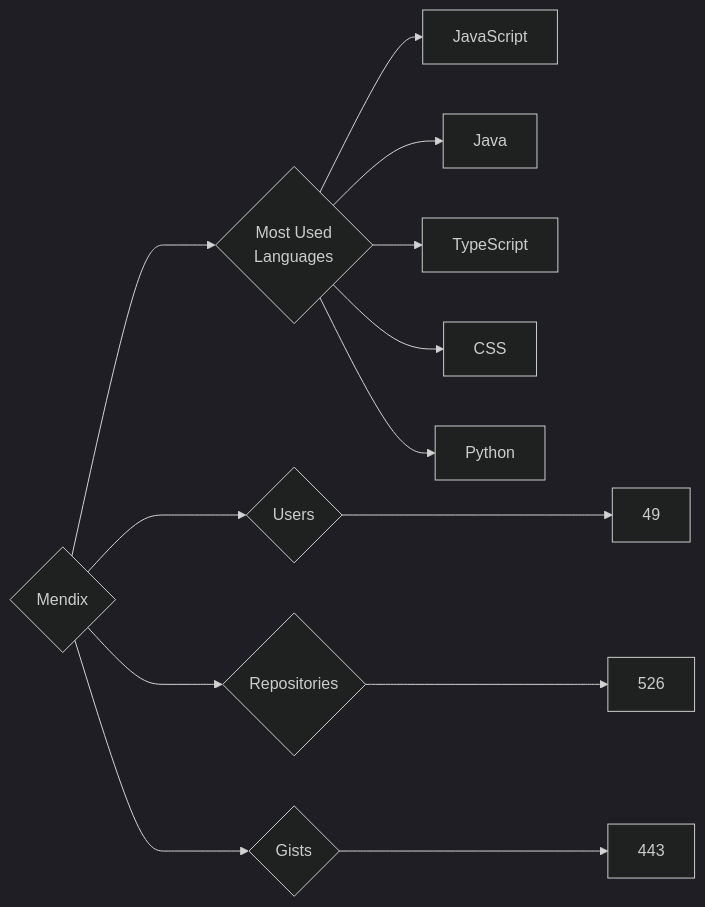
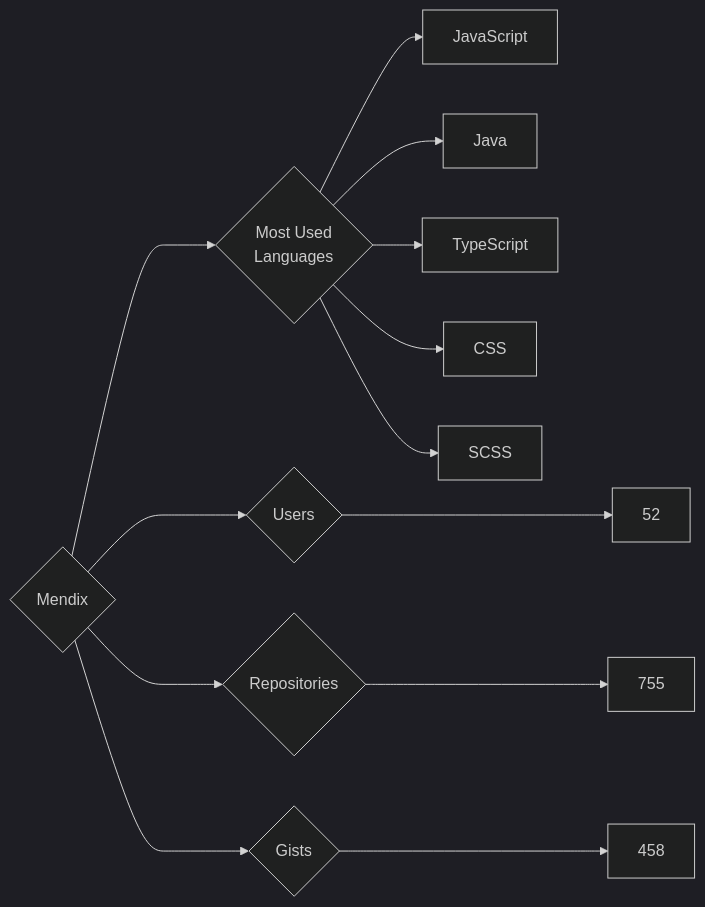
The diagram in targets/Mendix/README.md (trickest/insiders), drawn with Mermaid (dark theme) before and after one commit. The commit also changed 839 other files, not shown here.

````diff
--- a/targets/Mendix/README.md
+++ b/targets/Mendix/README.md
@@ -3,13 +3,13 @@
 ```mermaid
 graph LR
 COMPANY_NAME{Mendix}
-COMPANY_NAME ---> U{Users} ---> UN[49]
-COMPANY_NAME ---> R{Repositories} ---> RN[526]
-COMPANY_NAME ---> G{Gists} ---> GN[443]
+COMPANY_NAME ---> U{Users} ---> UN[52]
+COMPANY_NAME ---> R{Repositories} ---> RN[755]
+COMPANY_NAME ---> G{Gists} ---> GN[458]
 COMPANY_NAME ---> ML{Most Used<br>Languages}
 ML --> JavaScript[JavaScript]
 ML --> Java[Java]
 ML --> TypeScript[TypeScript]
 ML --> CSS[CSS]
-ML --> Python[Python]
+ML --> SCSS[SCSS]
 ```
````
